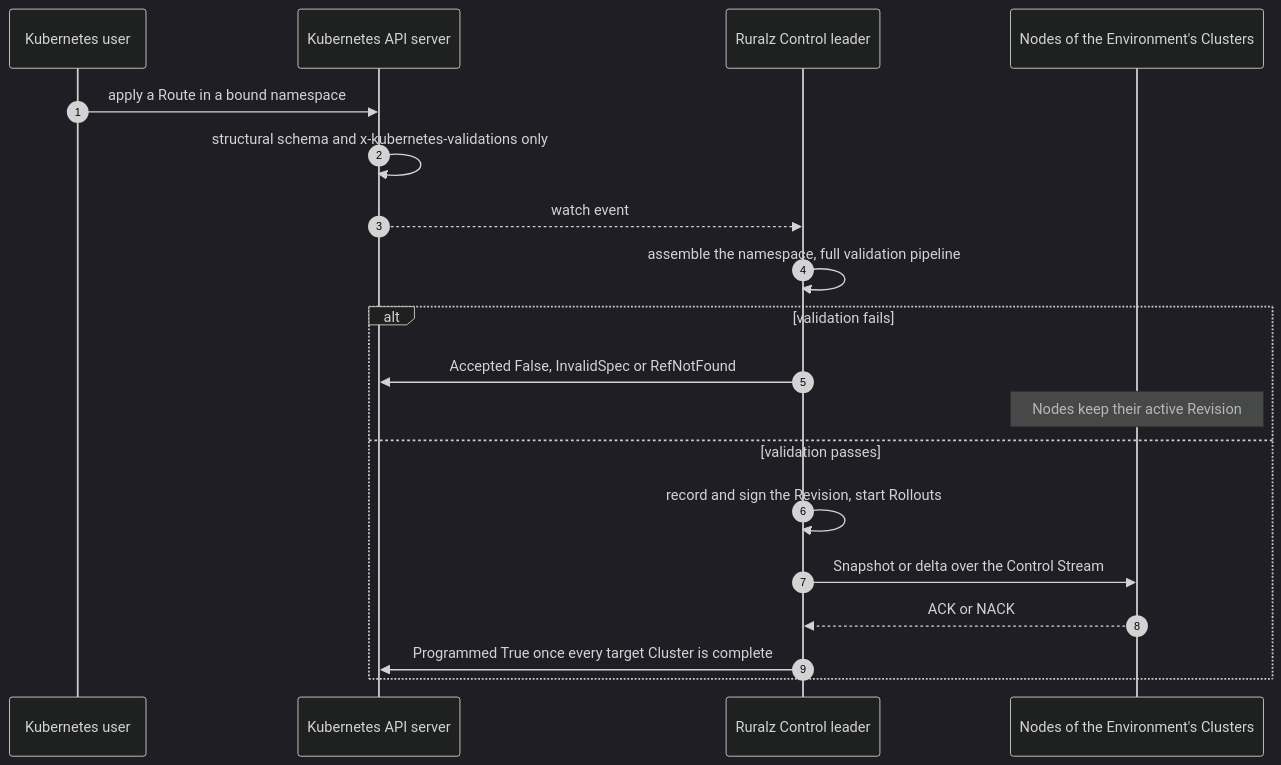
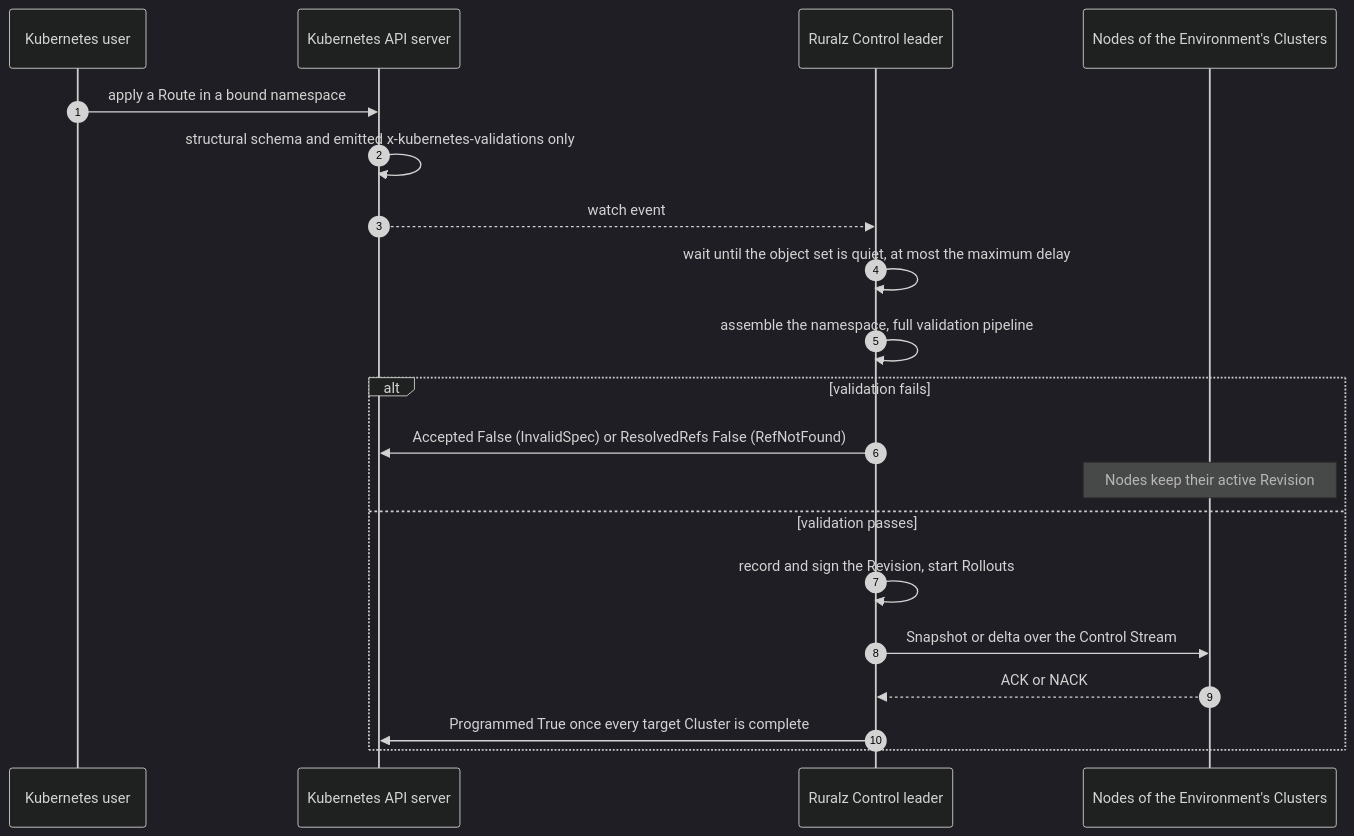
Before and after one commit to ravindu-rev/ruralz: the second of 2 diagrams in docs/adr/0016-kubernetes-helm-and-crds.md, drawn with Mermaid (dark theme). The commit also changed other lines of this file and 40 other files, not shown here.

````diff
--- a/docs/adr/0016-kubernetes-helm-and-crds.md
+++ b/docs/adr/0016-kubernetes-helm-and-crds.md
@@ -89,21 +91,22 @@
 ```mermaid
 sequenceDiagram
     autonumber
     participant U as Kubernetes user
     participant A as Kubernetes API server
     participant C as Ruralz Control leader
     participant N as Nodes of the Environment's Clusters
     U->>A: apply a Route in a bound namespace
-    A->>A: structural schema and x-kubernetes-validations only
+    A->>A: structural schema and emitted x-kubernetes-validations only
     A-->>C: watch event
+    C->>C: wait until the object set is quiet, at most the maximum delay
     C->>C: assemble the namespace, full validation pipeline
     alt validation fails
-        C->>A: Accepted False, InvalidSpec or RefNotFound
+        C->>A: Accepted False (InvalidSpec) or ResolvedRefs False (RefNotFound)
         Note over N: Nodes keep their active Revision
     else validation passes
         C->>C: record and sign the Revision, start Rollouts
         C->>N: Snapshot or delta over the Control Stream
         N-->>C: ACK or NACK
         C->>A: Programmed True once every target Cluster is complete
     end
 ```
````
